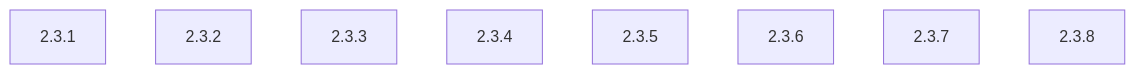
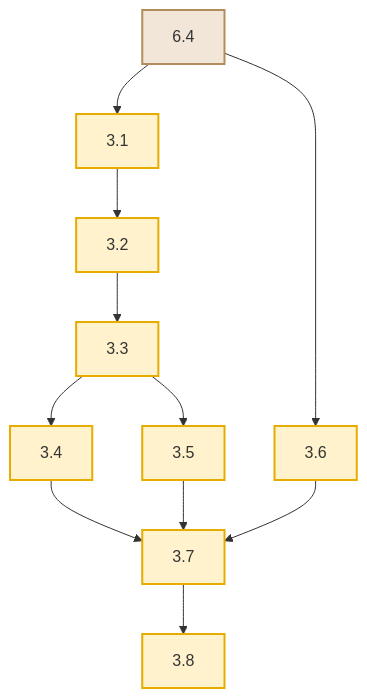
One commit to Oldranda1414/SP2PFL-ProjectManagement changed the sixth of 11 diagrams in docs/planning.md. Above: the diagram before and after it, drawn with Mermaid. The commit also changed other lines of this file, not shown here.

Commit message:
completed mini dependency graphs

````diff
--- a/docs/planning.md
+++ b/docs/planning.md
@@ -573,14 +648,28 @@
 ```mermaid
 graph TD
     %% Activities
-    2.3.1:::security
-    2.3.2:::security
-    2.3.3:::security
-    2.3.4:::security
-    2.3.5:::security
-    2.3.6:::security
-    2.3.7:::security
-    2.3.8:::security
-    
+    3.1:::infra
+    3.2:::infra
+    3.3:::infra
+    3.4:::infra
+    3.5:::infra
+    3.6:::infra
+    3.7:::infra
+    3.8:::infra
+    6.4:::qa
+
     %% Dependencies
+    6.4 --> 3.1
+    6.4 --> 3.6
+    3.1 --> 3.2
+    3.2 --> 3.3
+    3.3 --> 3.4
+    3.3 --> 3.5
+    3.4 --> 3.7
+    3.5 --> 3.7
+    3.6 --> 3.7
+    3.7 --> 3.8
+
+    classDef infra fill:#fff2cc,stroke:#e6ac00,stroke-width:2px
+    classDef qa fill:#f2e6d9,stroke:#b38c5c,stroke-width:2px
 ```
````
